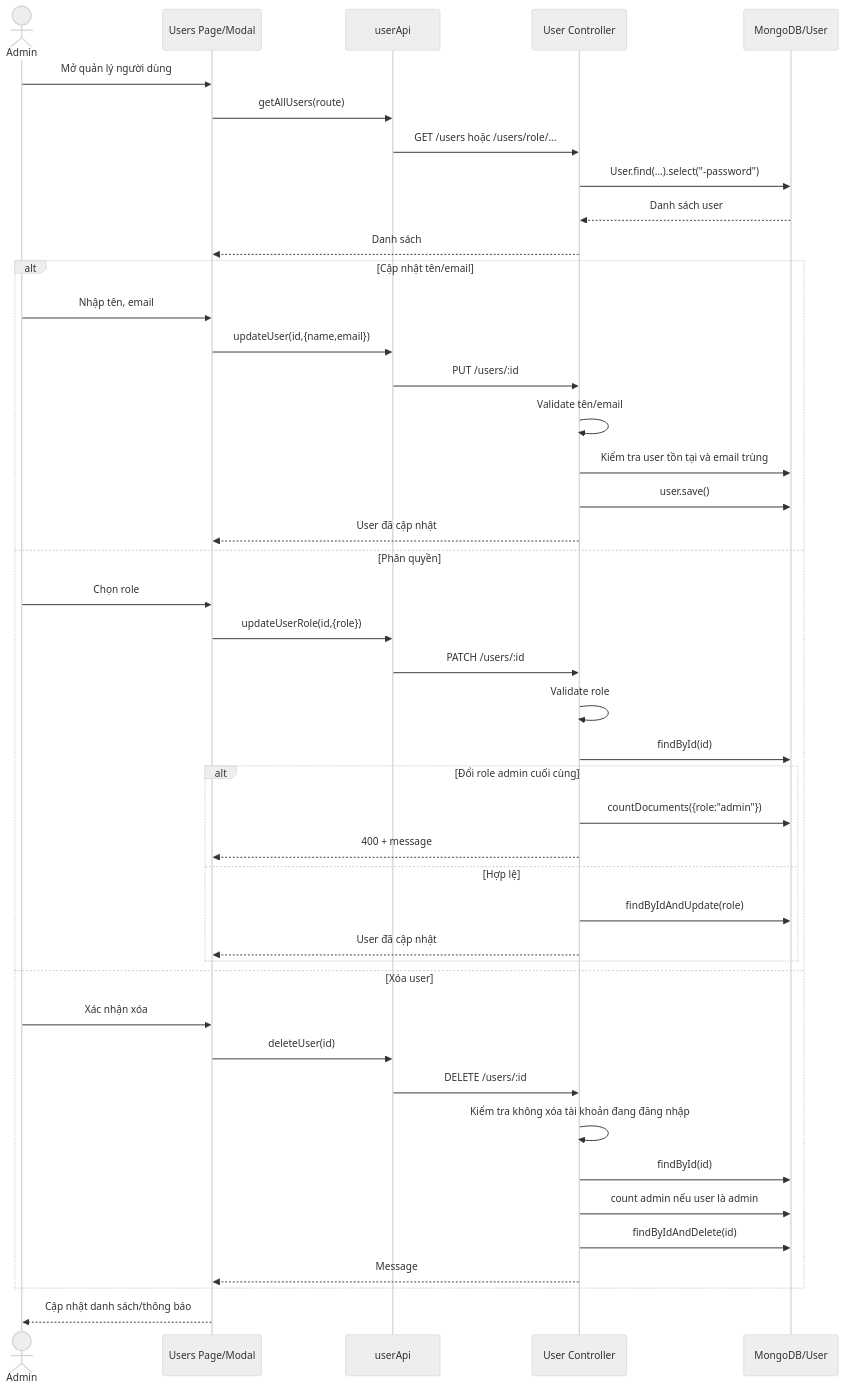
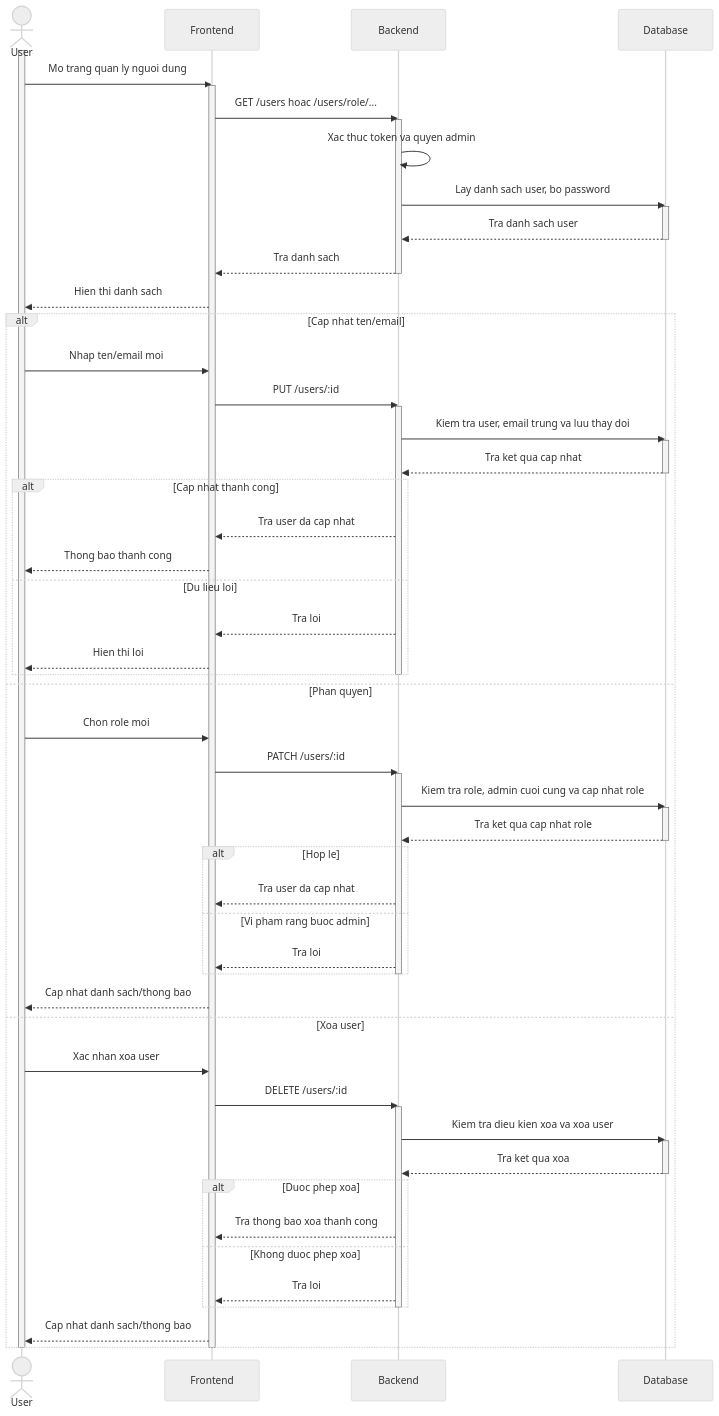
Diagram 25 of 48 in docs/usecase-dac-ta-chuc-nang-con-lai.md (Pvmvn/BE-CDTN), drawn with Mermaid (neutral theme) before and after one commit. The commit also changed other lines of this file and 32 other files, not shown here.

````diff
--- a/docs/usecase-dac-ta-chuc-nang-con-lai.md
+++ b/docs/usecase-dac-ta-chuc-nang-con-lai.md
@@ -708,46 +1938,71 @@
 ```mermaid
 sequenceDiagram
-  actor Admin as Admin
-  participant FE as Users Page/Modal
-  participant API as userApi
-  participant Ctrl as User Controller
-  participant DB as MongoDB/User
-  Admin->>FE: Mở quản lý người dùng
-  FE->>API: getAllUsers(route)
-  API->>Ctrl: GET /users hoặc /users/role/...
-  Ctrl->>DB: User.find(...).select("-password")
-  DB-->>Ctrl: Danh sách user
-  Ctrl-->>FE: Danh sách
-  alt Cập nhật tên/email
-    Admin->>FE: Nhập tên, email
-    FE->>API: updateUser(id,{name,email})
-    API->>Ctrl: PUT /users/:id
-    Ctrl->>Ctrl: Validate tên/email
-    Ctrl->>DB: Kiểm tra user tồn tại và email trùng
-    Ctrl->>DB: user.save()
-    Ctrl-->>FE: User đã cập nhật
-  else Phân quyền
-    Admin->>FE: Chọn role
-    FE->>API: updateUserRole(id,{role})
-    API->>Ctrl: PATCH /users/:id
-    Ctrl->>Ctrl: Validate role
-    Ctrl->>DB: findById(id)
-    alt Đổi role admin cuối cùng
-      Ctrl->>DB: countDocuments({role:"admin"})
-      Ctrl-->>FE: 400 + message
-    else Hợp lệ
-      Ctrl->>DB: findByIdAndUpdate(role)
-      Ctrl-->>FE: User đã cập nhật
+  actor User as User
+  participant FE as Frontend
+  participant BE as Backend
+  participant DB as Database
+
+  activate User
+  User->>FE: Mo trang quan ly nguoi dung
+  activate FE
+  FE->>BE: GET /users hoac /users/role/...
+  activate BE
+  BE->>BE: Xac thuc token va quyen admin
+  BE->>DB: Lay danh sach user, bo password
+  activate DB
+  DB-->>BE: Tra danh sach user
+  deactivate DB
+  BE-->>FE: Tra danh sach
+  deactivate BE
+  FE-->>User: Hien thi danh sach
+
+  alt Cap nhat ten/email
+    User->>FE: Nhap ten/email moi
+    FE->>BE: PUT /users/:id
+    activate BE
+    BE->>DB: Kiem tra user, email trung va luu thay doi
+    activate DB
+    DB-->>BE: Tra ket qua cap nhat
+    deactivate DB
+    alt Cap nhat thanh cong
+      BE-->>FE: Tra user da cap nhat
+      FE-->>User: Thong bao thanh cong
+    else Du lieu loi
+      BE-->>FE: Tra loi
+      FE-->>User: Hien thi loi
     end
-  else Xóa user
-    Admin->>FE: Xác nhận xóa
-    FE->>API: deleteUser(id)
-    API->>Ctrl: DELETE /users/:id
-    Ctrl->>Ctrl: Kiểm tra không xóa tài khoản đang đăng nhập
-    Ctrl->>DB: findById(id)
-    Ctrl->>DB: count admin nếu user là admin
-    Ctrl->>DB: findByIdAndDelete(id)
-    Ctrl-->>FE: Message
+    deactivate BE
+  else Phan quyen
+    User->>FE: Chon role moi
+    FE->>BE: PATCH /users/:id
+    activate BE
+    BE->>DB: Kiem tra role, admin cuoi cung va cap nhat role
+    activate DB
+    DB-->>BE: Tra ket qua cap nhat role
+    deactivate DB
+    alt Hop le
+      BE-->>FE: Tra user da cap nhat
+    else Vi pham rang buoc admin
+      BE-->>FE: Tra loi
+    end
+    deactivate BE
+    FE-->>User: Cap nhat danh sach/thong bao
+  else Xoa user
+    User->>FE: Xac nhan xoa user
+    FE->>BE: DELETE /users/:id
+    activate BE
+    BE->>DB: Kiem tra dieu kien xoa va xoa user
+    activate DB
+    DB-->>BE: Tra ket qua xoa
+    deactivate DB
+    alt Duoc phep xoa
+      BE-->>FE: Tra thong bao xoa thanh cong
+    else Khong duoc phep xoa
+      BE-->>FE: Tra loi
+    end
+    deactivate BE
+    FE-->>User: Cap nhat danh sach/thong bao
   end
-  FE-->>Admin: Cập nhật danh sách/thông báo
+  deactivate FE
+  deactivate User
 ```
````
